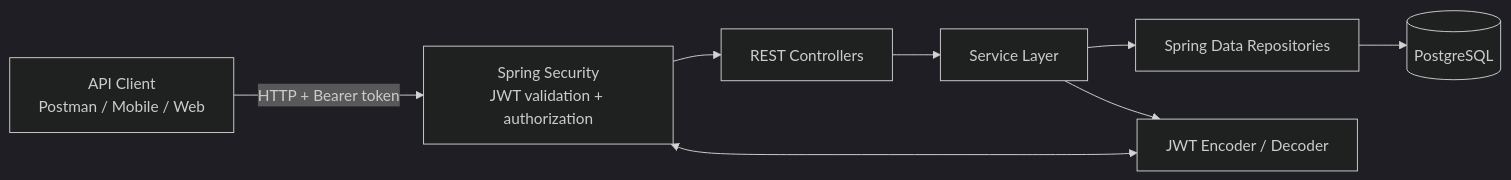
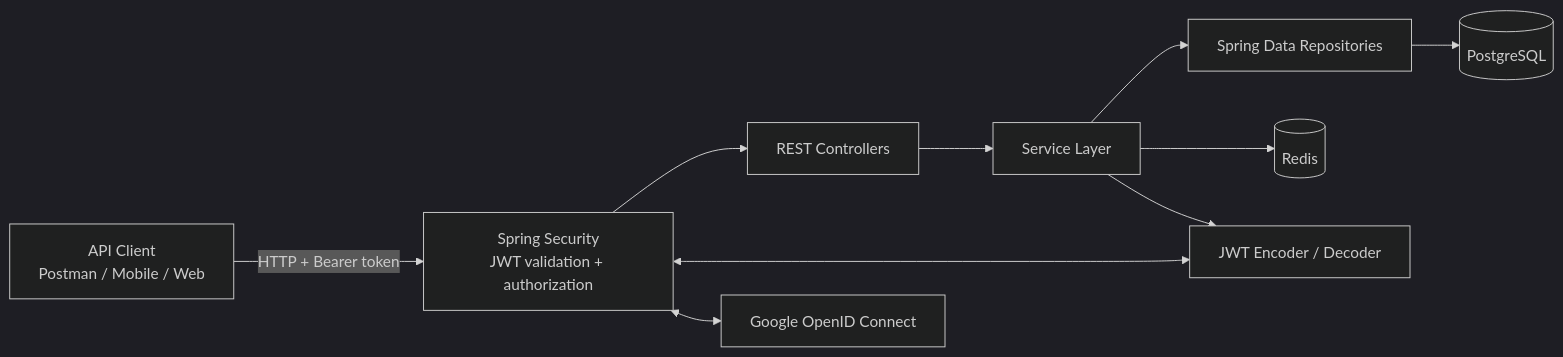
The first of 3 diagrams in README.md (shiv10000/Script-Writer-Backend), drawn with Mermaid (dark theme) before and after one commit. The commit also changed other lines of this file and 36 other files, not shown here.

Commit message:
Add Redis verification and Google authentication

````diff
--- a/README.md
+++ b/README.md
@@ -77,18 +81,22 @@
 ```mermaid
 flowchart LR
     C["API Client<br/>Postman / Mobile / Web"]
     S["Spring Security<br/>JWT validation + authorization"]
     CT["REST Controllers"]
     SV["Service Layer"]
     RP["Spring Data Repositories"]
     DB[("PostgreSQL")]
+    RD[("Redis")]
     JT["JWT Encoder / Decoder"]
+    GO["Google OpenID Connect"]
 
     C -->|"HTTP + Bearer token"| S
     S --> CT
     CT --> SV
     SV --> RP
     RP --> DB
+    SV --> RD
     S <--> JT
     SV --> JT
+    S <--> GO
 ```
````
